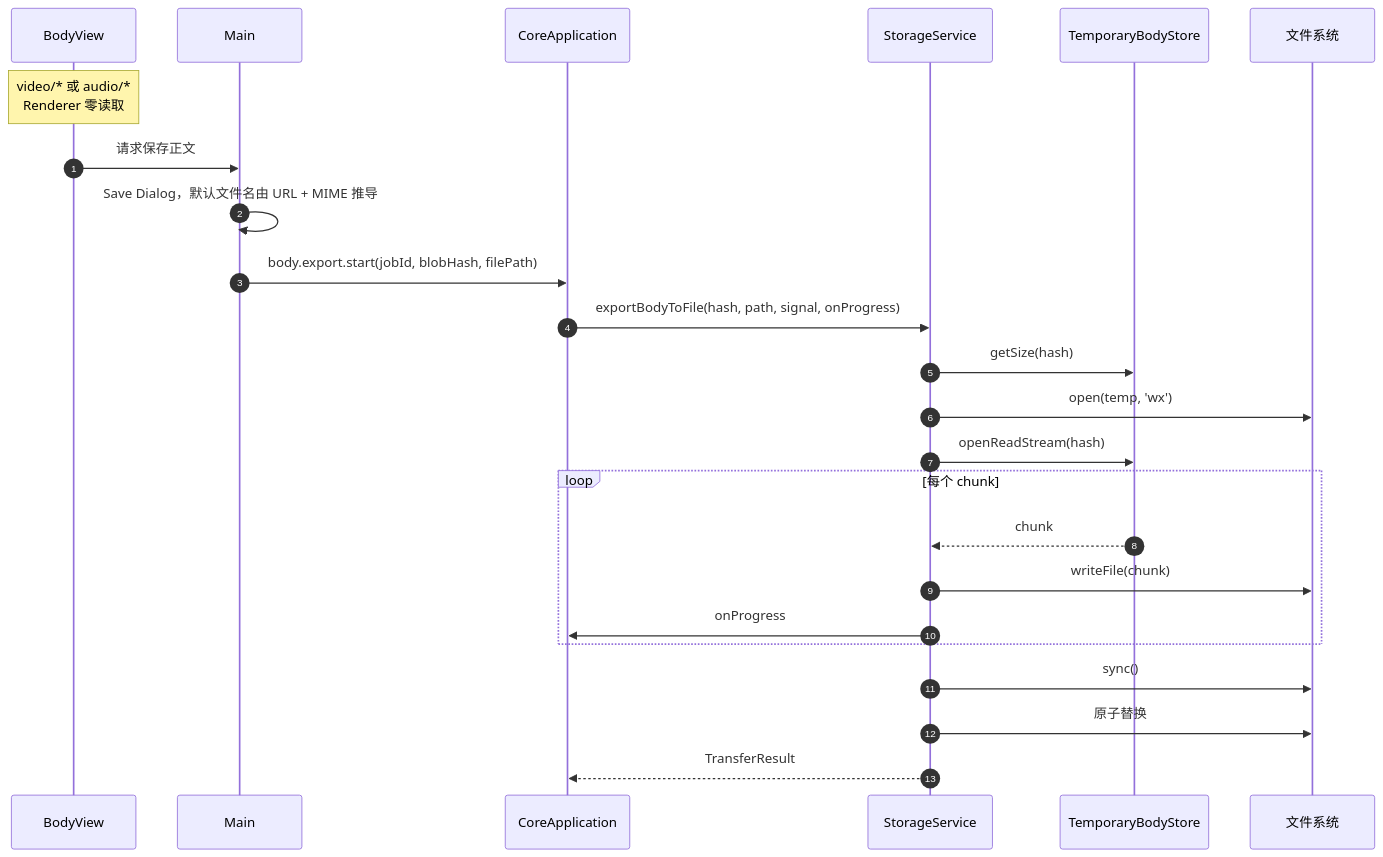
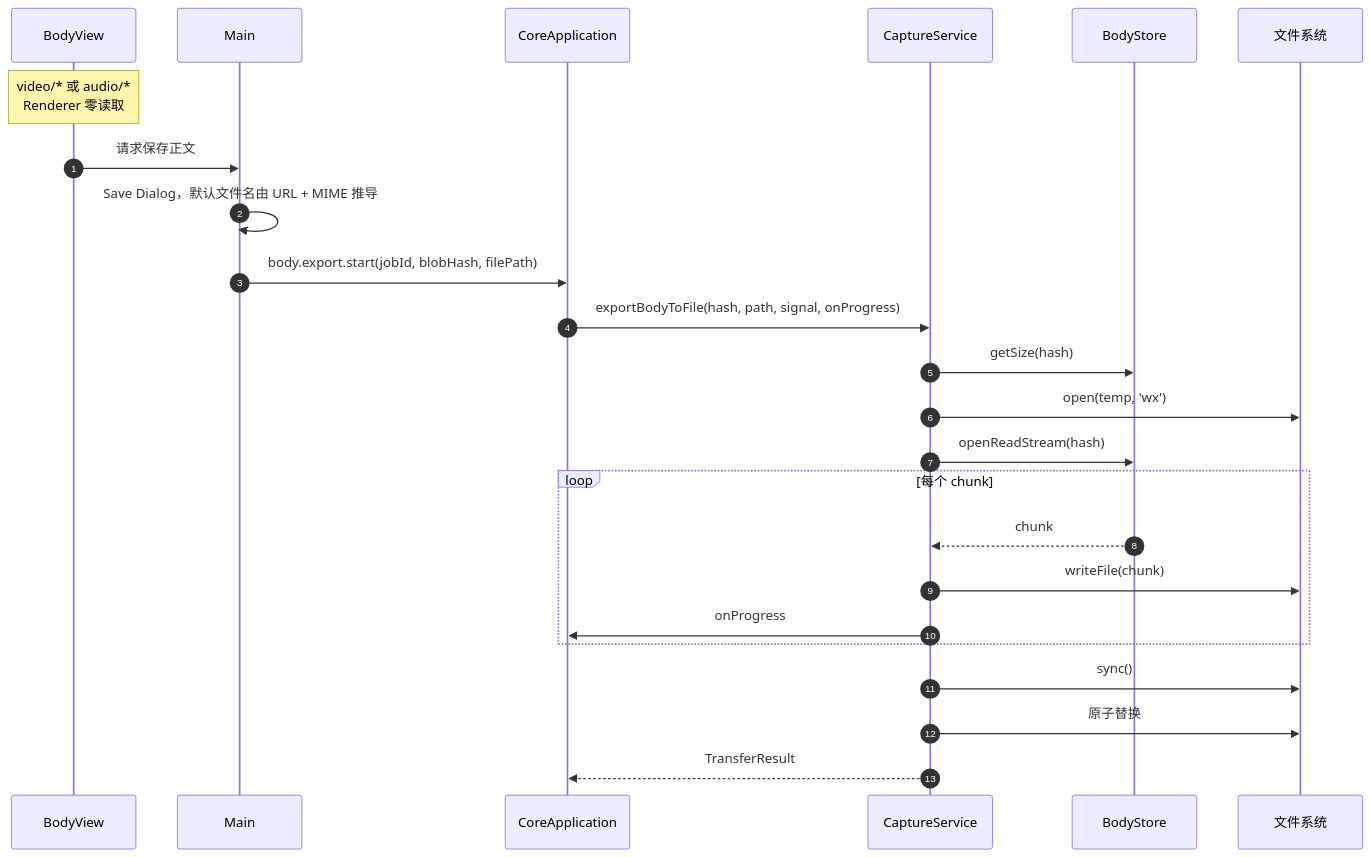
Before and after one commit to zhxmt-xm/Interceptor: the third of 4 diagrams in architecture/feature-transfer.md, drawn with Mermaid. The commit also changed other lines of this file and 237 other files, not shown here.

````diff
--- a/architecture/feature-transfer.md
+++ b/architecture/feature-transfer.md
@@ -95,27 +95,27 @@
 ```mermaid
 sequenceDiagram
     autonumber
     participant UI as BodyView
     participant Main
     participant App as CoreApplication
-    participant Storage as StorageService
-    participant Body as TemporaryBodyStore
+    participant Storage as CaptureService
+    participant Body as BodyStore
     participant FS as 文件系统
 
     Note over UI: video/* 或 audio/*<br/>Renderer 零读取
     UI->>Main: 请求保存正文
     Main->>Main: Save Dialog，默认文件名由 URL + MIME 推导
     Main->>App: body.export.start(jobId, blobHash, filePath)
     App->>Storage: exportBodyToFile(hash, path, signal, onProgress)
     Storage->>Body: getSize(hash)
     Storage->>FS: open(temp, 'wx')
     Storage->>Body: openReadStream(hash)
     loop 每个 chunk
         Body-->>Storage: chunk
         Storage->>FS: writeFile(chunk)
         Storage->>App: onProgress
     end
     Storage->>FS: sync()
     Storage->>FS: 原子替换
     Storage-->>App: TransferResult
 ```
````
